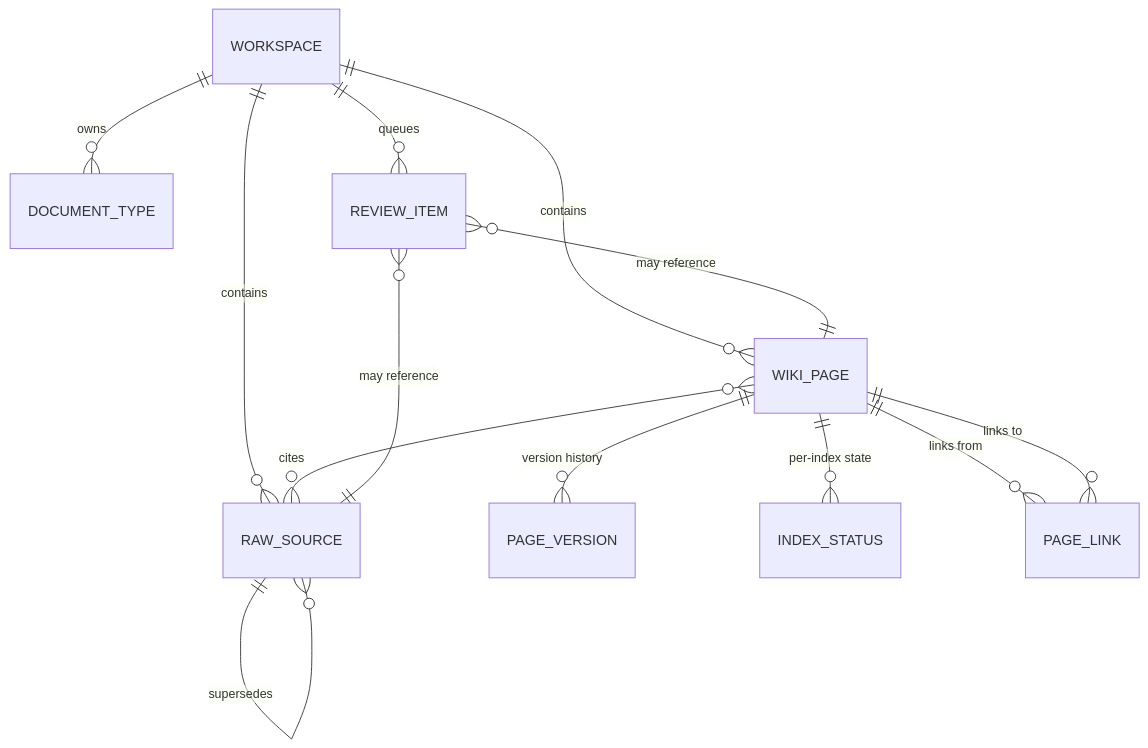
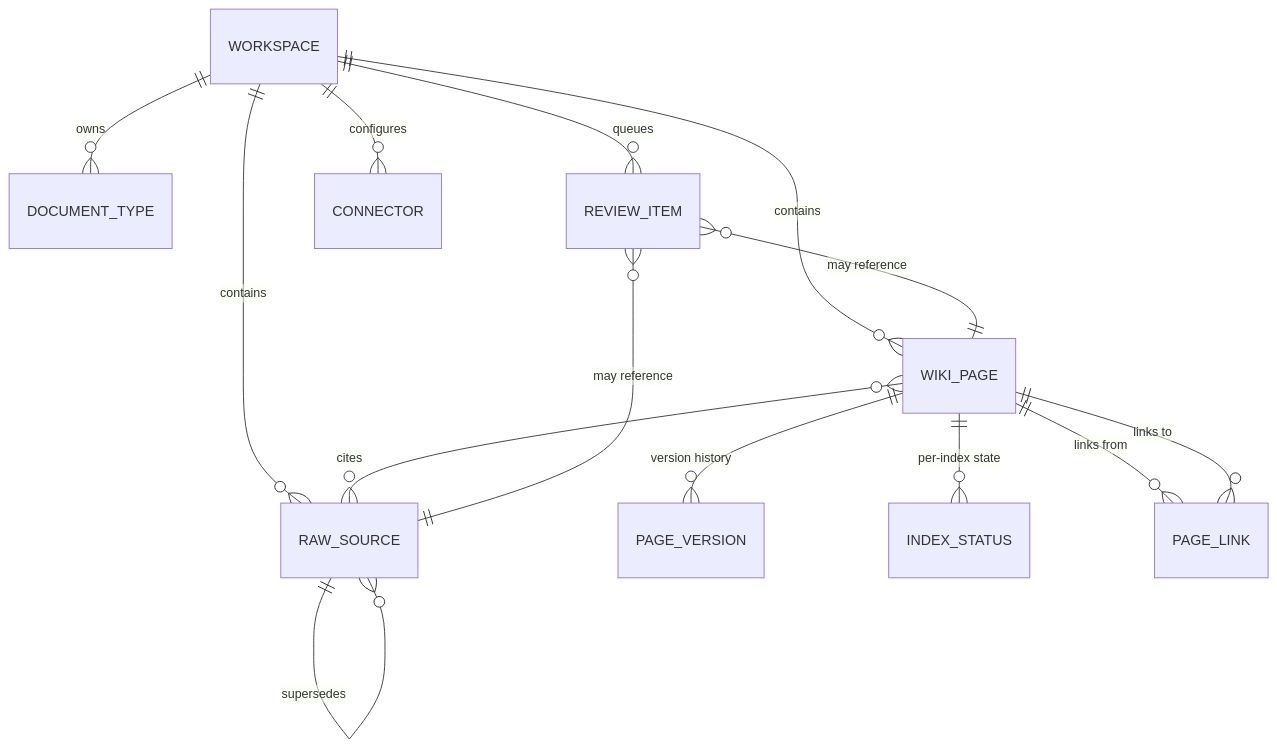
The second of 3 diagrams in spec/02-storage-and-indexing.md (dpurandare/karpwiki), drawn with Mermaid before and after one commit. The commit also changed other lines of this file and 5 other files, not shown here.

````diff
--- a/spec/02-storage-and-indexing.md
+++ b/spec/02-storage-and-indexing.md
@@ -85,15 +85,16 @@
 ```mermaid
 erDiagram
     WORKSPACE ||--o{ DOCUMENT_TYPE : owns
     WORKSPACE ||--o{ RAW_SOURCE : contains
     WORKSPACE ||--o{ WIKI_PAGE : contains
     WORKSPACE ||--o{ REVIEW_ITEM : queues
+    WORKSPACE ||--o{ CONNECTOR : configures
     RAW_SOURCE ||--o{ RAW_SOURCE : supersedes
     WIKI_PAGE ||--o{ PAGE_VERSION : "version history"
     WIKI_PAGE ||--o{ INDEX_STATUS : "per-index state"
     WIKI_PAGE }o--o{ RAW_SOURCE : cites
     WIKI_PAGE ||--o{ PAGE_LINK : "links from"
     PAGE_LINK }o--|| WIKI_PAGE : "links to"
     REVIEW_ITEM }o--|| RAW_SOURCE : "may reference"
     REVIEW_ITEM }o--|| WIKI_PAGE : "may reference"
 ```
````
